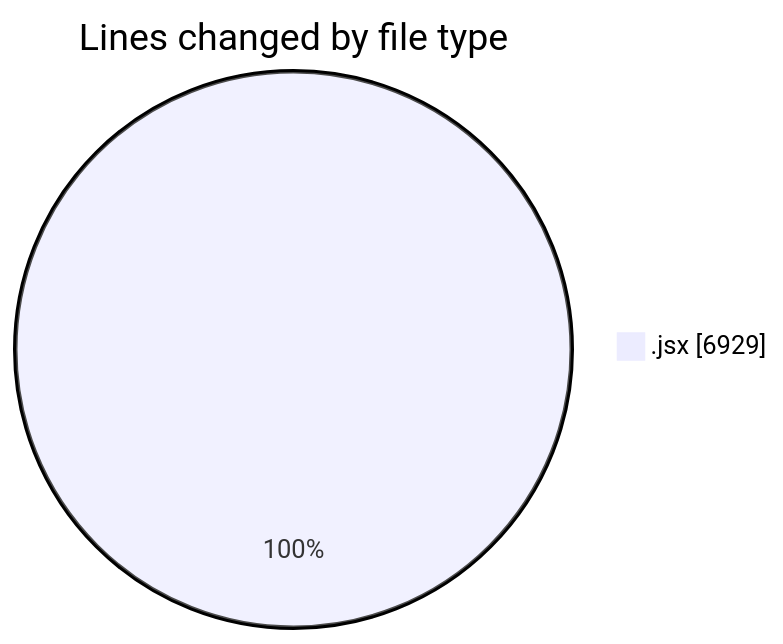
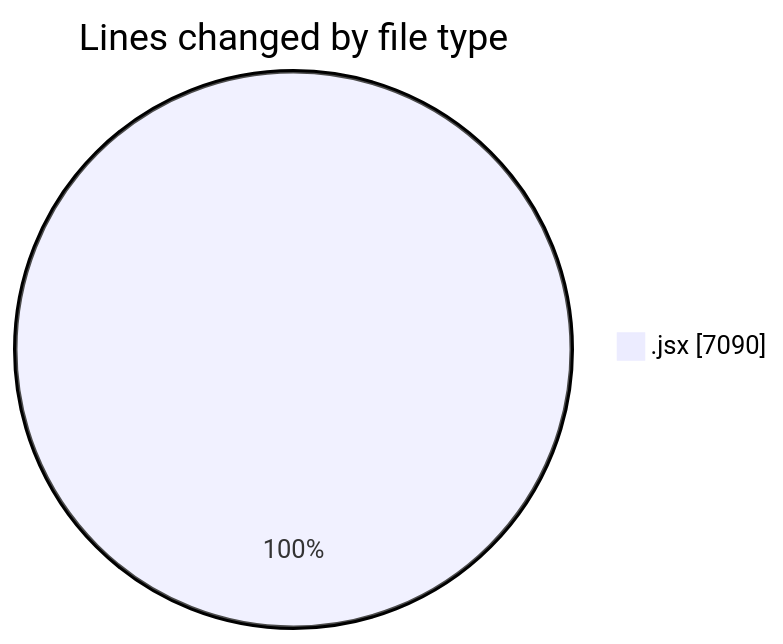
Before and after one commit to nxtqubesakshisongat/code-tracking: the first of 2 diagrams in 2025-05-14/argos-dev/README.md, drawn with Mermaid. The commit also changed other lines of this file and 1 other file, not shown here.

````diff
--- a/2025-05-14/argos-dev/README.md
+++ b/2025-05-14/argos-dev/README.md
@@ -28,5 +28,5 @@
 ```mermaid
 pie showData
 title Lines changed by file type
-".jsx" : 6929
+".jsx" : 7090
 ```
````
